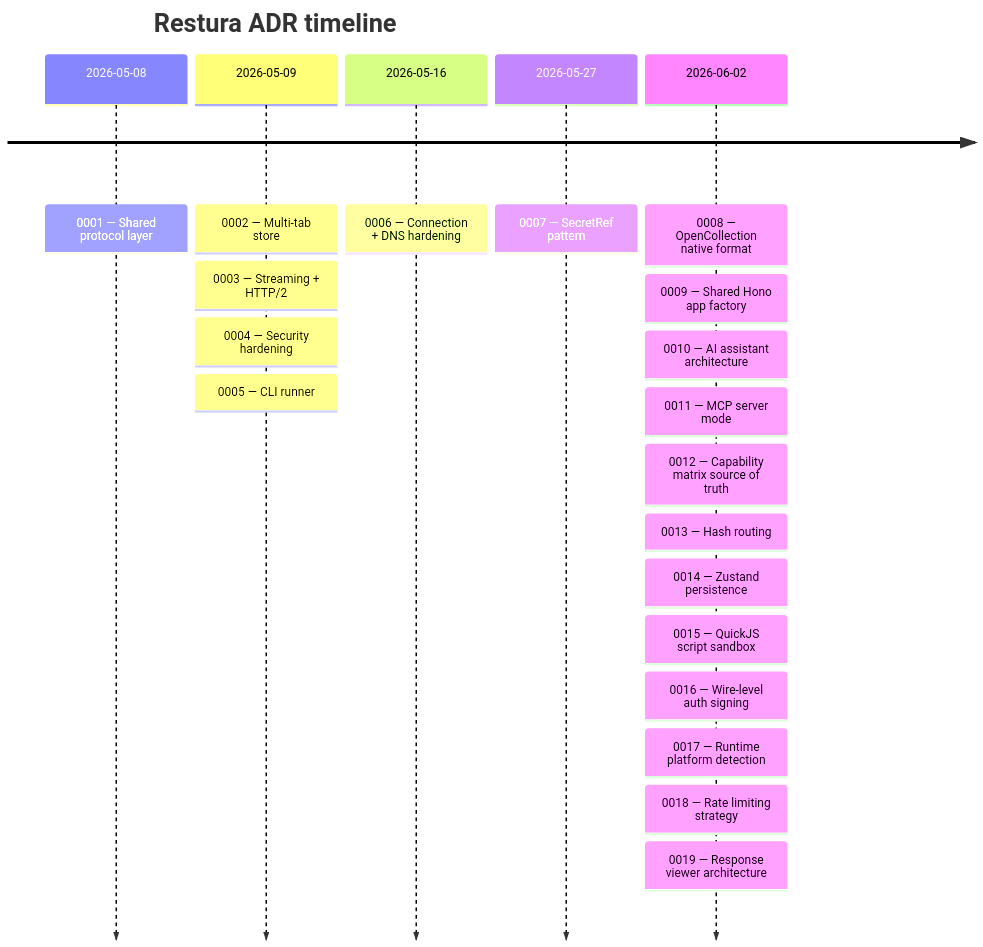
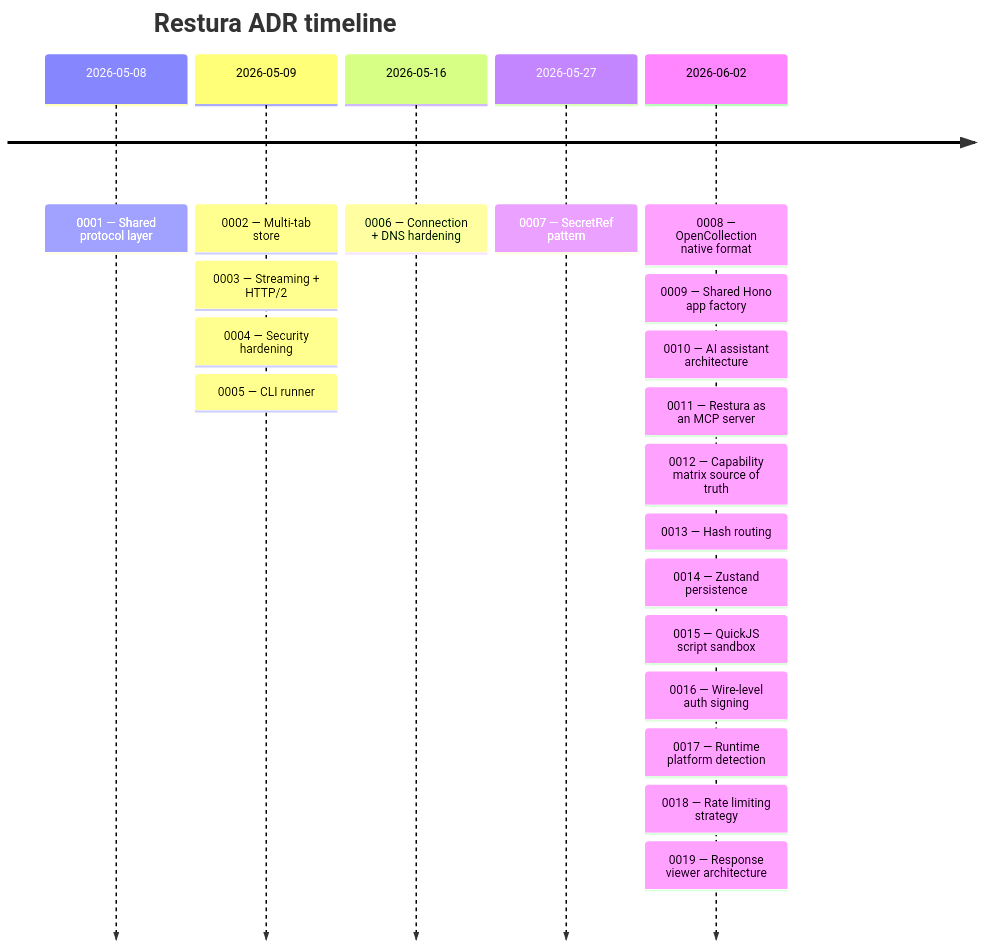
Before and after one commit to dipjyotimetia/restura: the diagram in docs-site/src/content/docs/architecture/adrs.mdx, drawn with Mermaid. The commit also changed other lines of this file and 5 other files, not shown here.

````diff
--- a/docs-site/src/content/docs/architecture/adrs.mdx
+++ b/docs-site/src/content/docs/architecture/adrs.mdx
@@ -10,23 +10,23 @@
 ```mermaid
 timeline
   title Restura ADR timeline
   2026-05-08 : 0001 — Shared protocol layer
   2026-05-09 : 0002 — Multi-tab store
              : 0003 — Streaming + HTTP/2
              : 0004 — Security hardening
              : 0005 — CLI runner
   2026-05-16 : 0006 — Connection + DNS hardening
   2026-05-27 : 0007 — SecretRef pattern
   2026-06-02 : 0008 — OpenCollection native format
              : 0009 — Shared Hono app factory
              : 0010 — AI assistant architecture
-             : 0011 — MCP server mode
+             : 0011 — Restura as an MCP server
              : 0012 — Capability matrix source of truth
              : 0013 — Hash routing
              : 0014 — Zustand persistence
              : 0015 — QuickJS script sandbox
              : 0016 — Wire-level auth signing
              : 0017 — Runtime platform detection
              : 0018 — Rate limiting strategy
              : 0019 — Response viewer architecture
 ```
````
